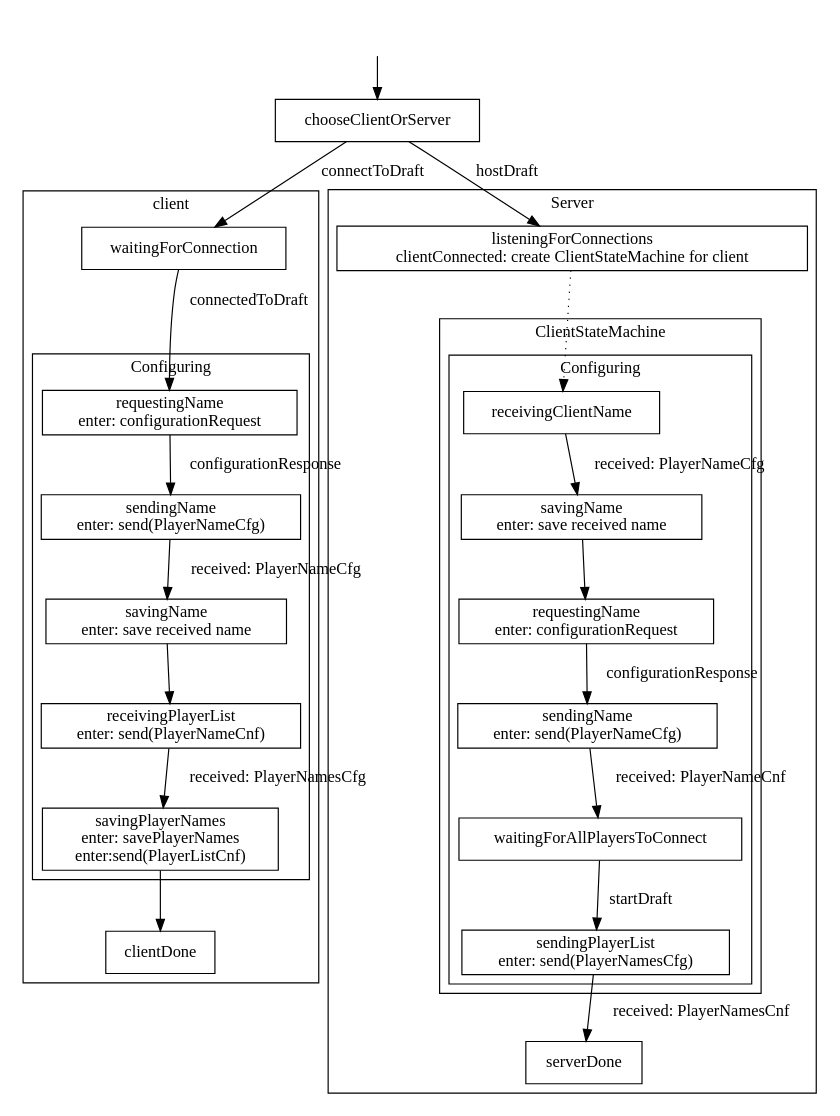
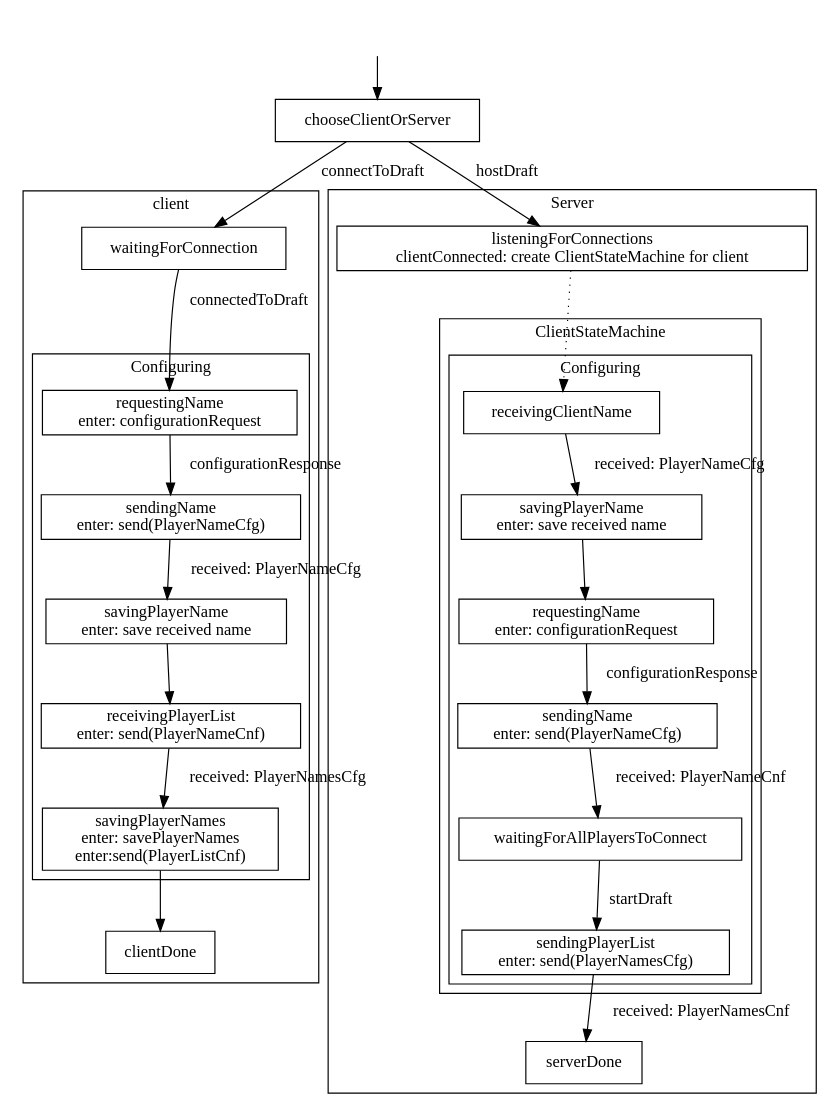
Before and after one commit to elchtzeasar/draft: the diagram in state/graph.dot, drawn with Graphviz. The commit also changed 6 other files, not shown here.

Commit message:
Renamed WaitingForAllPlayersToConnectState into SavingPlayerNameState.

```diff
--- a/state/graph.dot
+++ b/state/graph.dot
@@ -1,59 +1,59 @@
 digraph G {
   node [shape=box];
 
   subgraph cluster1 {
     label = "client";
 
     subgraph cluster11 {
       label = "Configuring";
 
       requestingName_client [label = "requestingName\nenter: configurationRequest"];
       sendingName_client [label = "sendingName\nenter: send(PlayerNameCfg)"]
-      savingName_client [label = "savingName\nenter: save received name"]
+      savingPlayerName_client [label = "savingPlayerName\nenter: save received name"]
       receivingPlayerList [label = "receivingPlayerList\nenter: send(PlayerNameCnf)"];
       savingPlayerNames [label = "savingPlayerNames\nenter: savePlayerNames\nenter:send(PlayerListCnf)"];
 
       requestingName_client -> sendingName_client [label = "configurationResponse"];
-      sendingName_client -> savingName_client [label = "received: PlayerNameCfg"];
-      savingName_client -> receivingPlayerList;
+      sendingName_client -> savingPlayerName_client [label = "received: PlayerNameCfg"];
+      savingPlayerName_client -> receivingPlayerList;
       receivingPlayerList -> savingPlayerNames [label = "received: PlayerNamesCfg"];
     }
 
     waitingForConnection -> requestingName_client [label = "connectedToDraft"];
     savingPlayerNames -> clientDone;
   }
 
   subgraph cluster2 {
     label = "Server";
 
     listeningForConnections [label = "listeningForConnections\nclientConnected: create ClientStateMachine for client"];
 
     subgraph cluster21 {
       label = "ClientStateMachine";
   
       subgraph cluster211 {
         label = "Configuring";
 
         requestingName_server [label = "requestingName\nenter: configurationRequest"];
 	sendingName_server [label = "sendingName\nenter: send(PlayerNameCfg)"];	
-	savingName_server [label = "savingName\nenter: save received name"];
+	savingPlayerName_server [label = "savingPlayerName\nenter: save received name"];
 	waitingForAllPlayersToConnect;
 	sendingPlayerList [label = "sendingPlayerList\nenter: send(PlayerNamesCfg)"];
 
-	receivingClientName -> savingName_server [label = "received: PlayerNameCfg"];
-	savingName_server -> requestingName_server;
+	receivingClientName -> savingPlayerName_server [label = "received: PlayerNameCfg"];
+	savingPlayerName_server -> requestingName_server;
 	requestingName_server -> sendingName_server [label = "configurationResponse"];
 	sendingName_server -> waitingForAllPlayersToConnect [label = "received: PlayerNameCnf"];
 	waitingForAllPlayersToConnect -> sendingPlayerList [label = "startDraft"];
       }
     } 
 
     listeningForConnections -> receivingClientName [style=dotted];
     sendingPlayerList -> serverDone [label = "received: PlayerNamesCnf"];
   }
 
   null [shape = plaintext label=""];
   null -> chooseClientOrServer;
   chooseClientOrServer -> waitingForConnection [label = "connectToDraft"];
   chooseClientOrServer -> listeningForConnections [label = "hostDraft"];
 }
```
